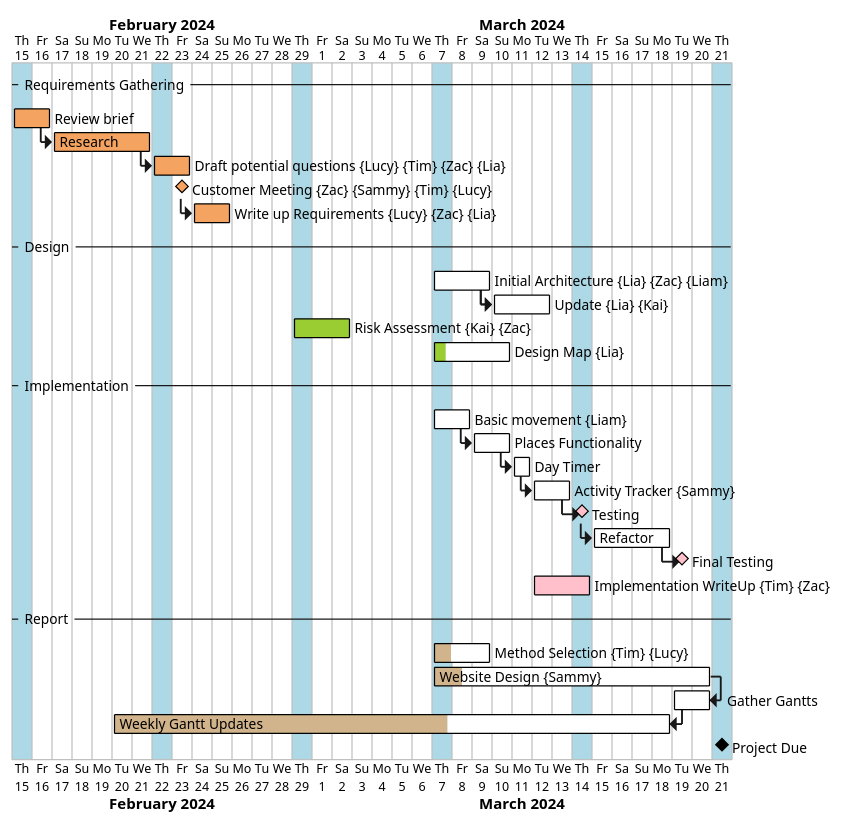
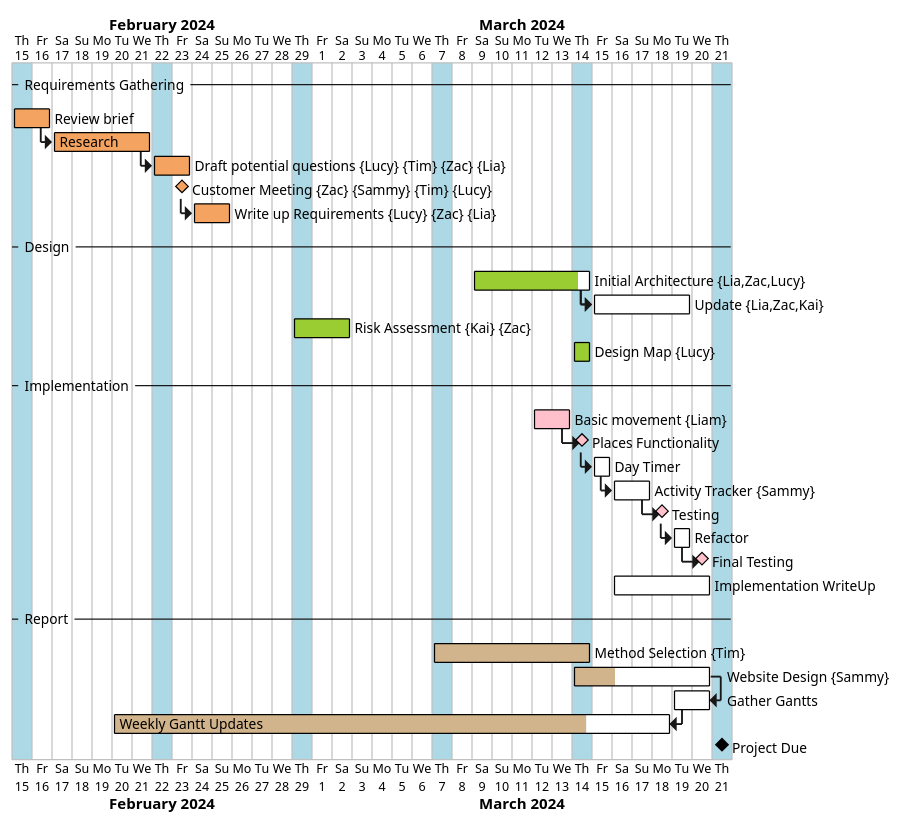
The diagram in gannt.puml (TheRealEmissions/uoy-eng1), drawn with PlantUML before and after one commit.

Commit message:
updated gantt for 14/03 meeting.

```diff
--- a/gannt.puml
+++ b/gannt.puml
@@ -1,60 +1,60 @@
 @startgantt
 Project starts 2024-02-15
 hide resources footbox
 
 ' Days of Practicals
 2024-02-15 is colored in lightblue
 2024-02-22 is colored in lightblue
 2024-02-29 is colored in lightblue
 2024-03-07 is colored in lightblue
 2024-03-14 is colored in lightblue
 2024-03-21 is colored in lightblue
 
 --Requirements Gathering--
 [Review brief] requires 2 days and is colored in sandybrown/black
 then [Research] requires 5 days and is colored in sandybrown/black
 then [Draft potential questions] on {Lucy}{Tim}{Zac}{Lia} requires 5 days and is colored in sandybrown/black
 
 [Customer Meeting] on {Zac}{Sammy}{Tim}{Lucy} happens at [Draft potential questions]'s end and is colored in sandybrown/black
 then [Write up Requirements] on {Lucy}{Zac}{Lia} requires 5 days and is colored in sandybrown/black
 [Write up Requirements] is 100% complete
 
 --Design--
-[Initial Architecture] on {Lia}{Zac}{Liam} starts at 2024-03-07 and requires 7 days and is colored in yellowgreen/black
-[Initial Architecture] is 0% complete
-then [Update] on {Lia}{Kai} starts at [Initial Architecture]'s end and requires 5 days and is colored in yellowgreen/black
+[Initial Architecture] on {Lia,Zac,Lucy} starts at 2024-03-09 and requires 6 days and is colored in yellowgreen/black
+[Initial Architecture] is 90% complete
+then [Update] on {Lia,Zac,Kai} starts at [Initial Architecture]'s end and requires 5 days and is colored in yellowgreen/black
 [Update] is 0% complete
 [Risk Assessment]  on {Kai}{Zac} starts at 2024-02-29 and requires 5 days and is colored in yellowgreen/black
 [Risk Assessment] is 100% complete
-[Design Map] on {Lia} starts at 2024-03-07 and requires 4 days and is colored in yellowgreen/black
-[Design Map] is 15% complete
+[Design Map] on {Lucy} starts at 2024-03-14 and requires 1 day and is colored in yellowgreen/black
+[Design Map] is 100% complete
 
 
 --Implementation--
-[Basic movement] on {Liam} requires 2 days and starts at 2024-03-07 and is colored in pink/black
-[Basic movement] is 0% complete
-then [Places Functionality] requires 2 days and is colored in pink/black
+[Basic movement] on {Liam} requires 2 days and starts at 2024-03-12 and is colored in pink/black
+[Basic movement] is 100% complete
+then [Places Functionality] happens at [Basic movement]'s end and is colored in pink/black
 [Places Functionality] is 0% complete
 then [Day Timer] requires 1 day and is colored in pink/black
 [Day Timer] is 0% complete
 then [Activity Tracker] on {Sammy} requires 2 days and is colored in pink/black
 [Activity Tracker] is 0% complete
 then [Testing] happens at [Activity Tracker]'s end and is colored in pink/black
-then [Refactor] requires 4 days and is colored in pink/black
+then [Refactor] requires 1 day and is colored in pink/black
 [Refactor] is 0% complete
 then [Final Testing] happens at [Refactor]'s end and is colored in pink/black
 [Final Testing] is 0% complete
-[Implementation WriteUp] on {Tim}{Zac} starts at 2024-03-12 and requires 5 days and is colored in pink/black
-
+[Implementation WriteUp] starts at 2024-03-16 and requires 5 days and is colored in pink/black
+[Implementation WriteUp] is 0% complete
 --Report--
-[Method Selection] on {Tim}{Lucy} starts at 2024-03-07 and requires 5 days and is colored in tan/black
-[Method Selection] is 30% complete
-[Website Design] on {Sammy} starts at 2024-03-07 and requires 14 days and is colored in tan/black
-[Website Design] is 10% complete
+[Method Selection] on {Tim} starts at 2024-03-07 and requires 8 days and is colored in tan/black
+[Method Selection] is 100% complete
+[Website Design] on {Sammy} starts at 2024-03-14 and requires 7 days and is colored in tan/black
+[Website Design] is 30% complete
 [Gather Gantts] ends at [Website Design]'s end and requires 2 days and is colored in tan/black
 [Gather Gantts] is 0% complete
 [Weekly Gantt Updates] ends at [Gather Gantts]'s start and requires 4 weeks and is colored in tan/black
-[Weekly Gantt Updates] is 60% complete
+[Weekly Gantt Updates] is 85% complete
 [Project Due] happens at 2024-03-21
 
 @endgantt
```
